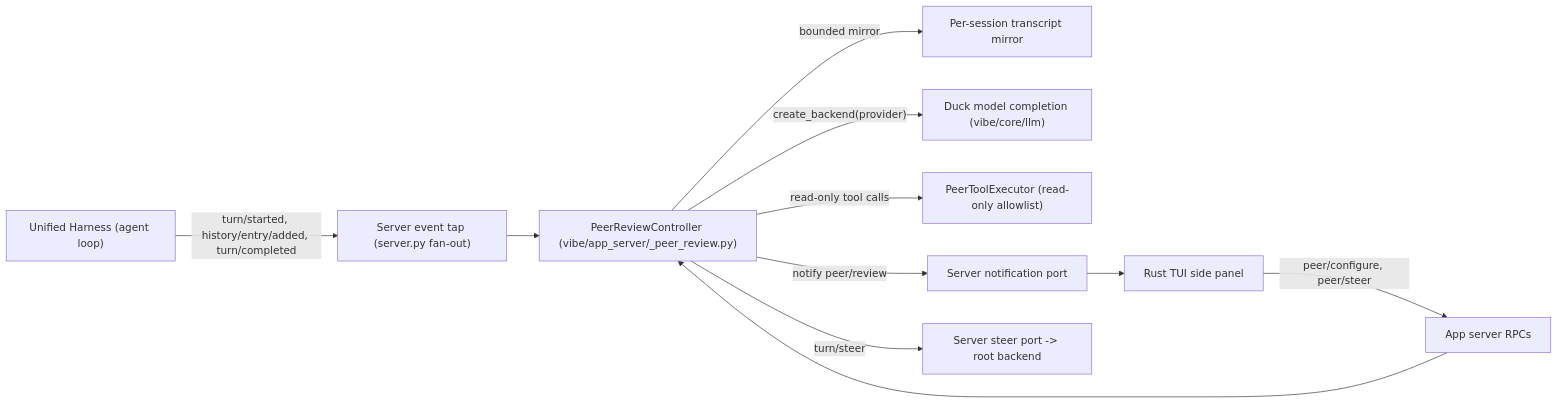
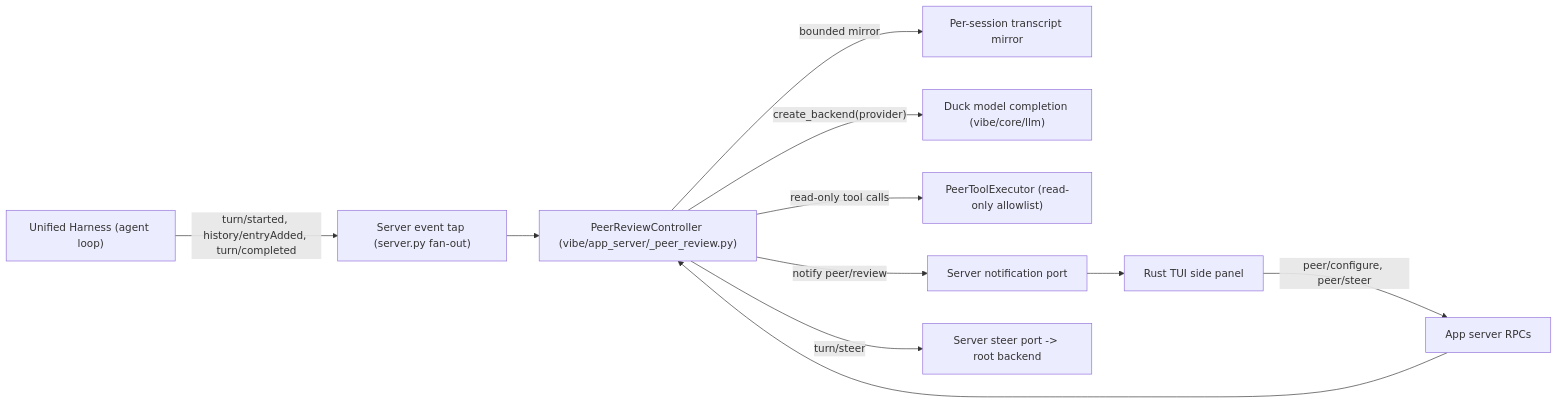
The diagram in docs/design/rubber-duck-peer-review.md (Nosenzor/mistral-vibe), drawn with Mermaid before and after one commit. The commit also changed other lines of this file, not shown here.

````diff
--- a/docs/design/rubber-duck-peer-review.md
+++ b/docs/design/rubber-duck-peer-review.md
@@ -193,13 +205,13 @@
 ```mermaid
 flowchart LR
-    Harness["Unified Harness (agent loop)"] -->|"turn/started, history/entry/added, turn/completed"| Tap
+    Harness["Unified Harness (agent loop)"] -->|"turn/started, history/entryAdded, turn/completed"| Tap
     Tap["Server event tap (server.py fan-out)"] --> Controller["PeerReviewController (vibe/app_server/_peer_review.py)"]
     Controller -->|"bounded mirror"| Mirror["Per-session transcript mirror"]
     Controller -->|"create_backend(provider)"| LLM["Duck model completion (vibe/core/llm)"]
     Controller -->|"read-only tool calls"| Tools["PeerToolExecutor (read-only allowlist)"]
     Controller -->|"notify peer/review"| Notify["Server notification port"]
     Controller -->|"turn/steer"| Steer["Server steer port -> root backend"]
     Notify --> TUI["Rust TUI side panel"]
     TUI -->|"peer/configure, peer/steer"| Server["App server RPCs"]
     Server --> Controller
 ```
````
